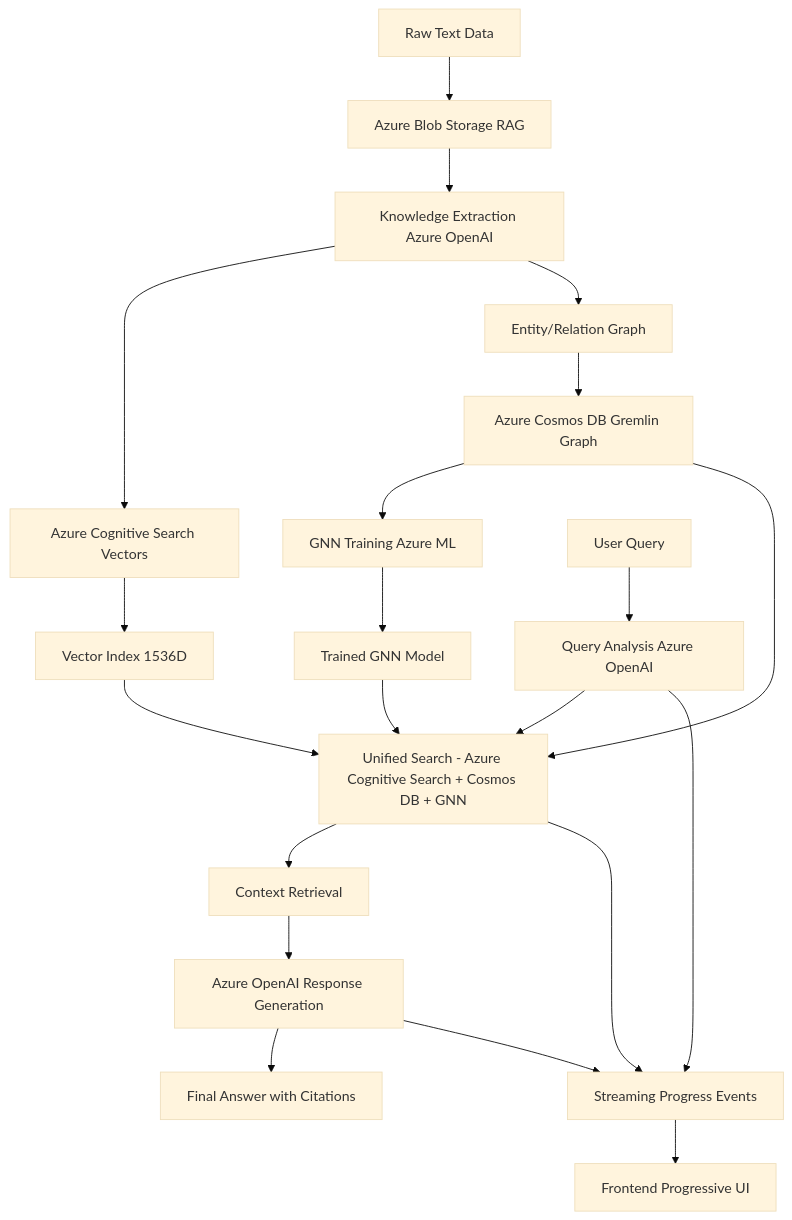
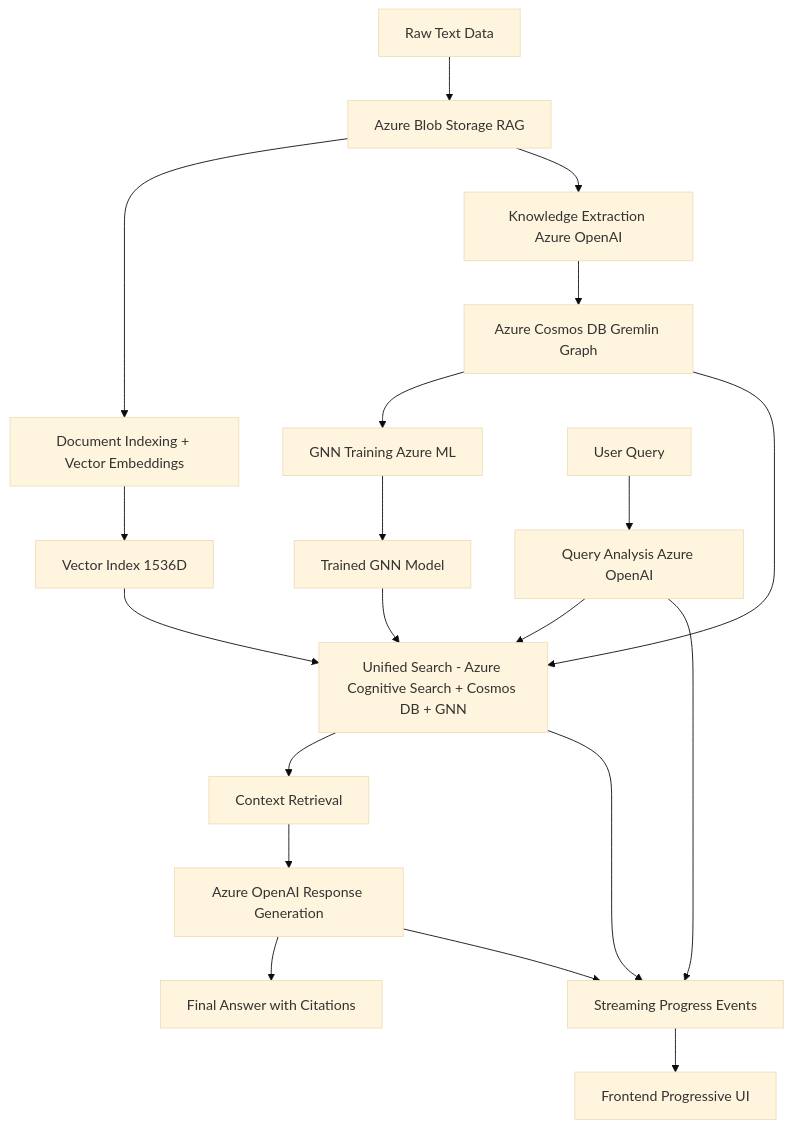
Before and after one commit to david3xu/azure-maintie-rag: the diagram in CLAUDE.md, drawn with Mermaid (base theme). The commit also changed other lines of this file and 272 other files, not shown here.

````diff
--- a/CLAUDE.md
+++ b/CLAUDE.md
@@ -16,25 +16,24 @@
 ```mermaid
 flowchart TD
     A[Raw Text Data] --> B["Azure Blob Storage RAG"]
-    B --> C[Knowledge Extraction Azure OpenAI]
-    C --> D[Azure Cognitive Search Vectors]
-    C --> E[Entity/Relation Graph]
-    D --> F[Vector Index 1536D]
-    E --> G[Azure Cosmos DB Gremlin Graph]
+    B --> C1[Document Indexing + Vector Embeddings]
+    B --> C2[Knowledge Extraction Azure OpenAI]
+    C1 --> F[Vector Index 1536D]
+    C2 --> G[Azure Cosmos DB Gremlin Graph]
     G --> H[GNN Training Azure ML]
     H --> I[Trained GNN Model]
     J[User Query] --> K[Query Analysis Azure OpenAI]
     K --> L[Unified Search - Azure Cognitive Search + Cosmos DB + GNN]
     G --> L
     F --> L
     I --> L
     L --> M[Context Retrieval]
     M --> N[Azure OpenAI Response Generation]
     N --> O[Final Answer with Citations]
 
     %% Real-time streaming
     K --> P[Streaming Progress Events]
     L --> P
     N --> P
     P --> Q[Frontend Progressive UI]
 ```
````
